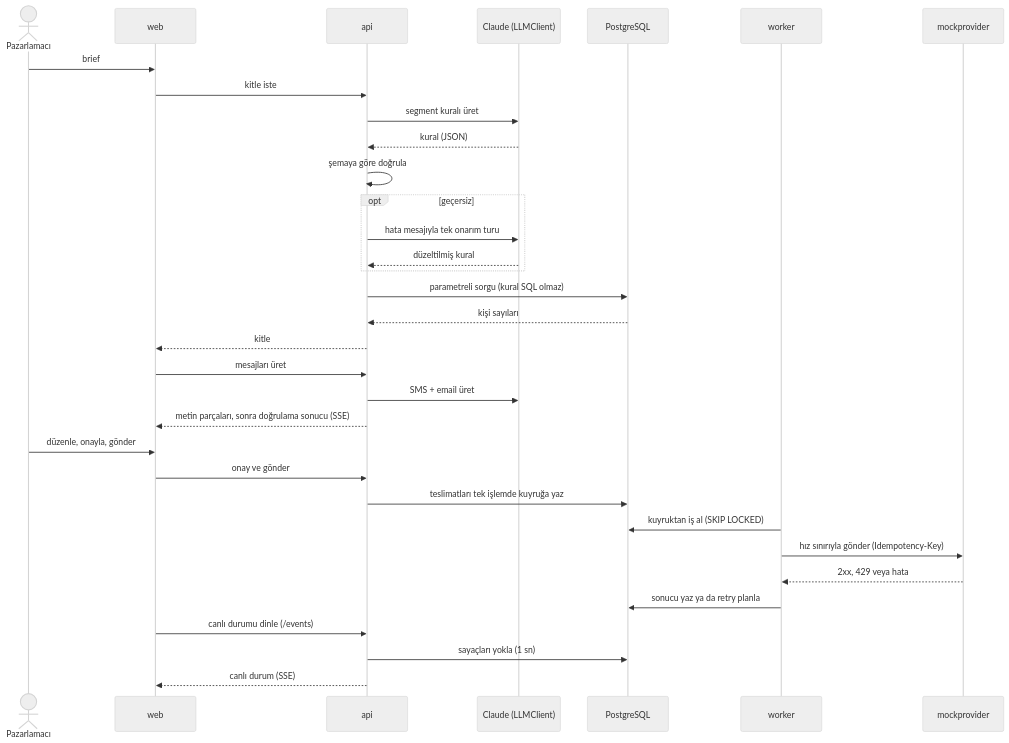
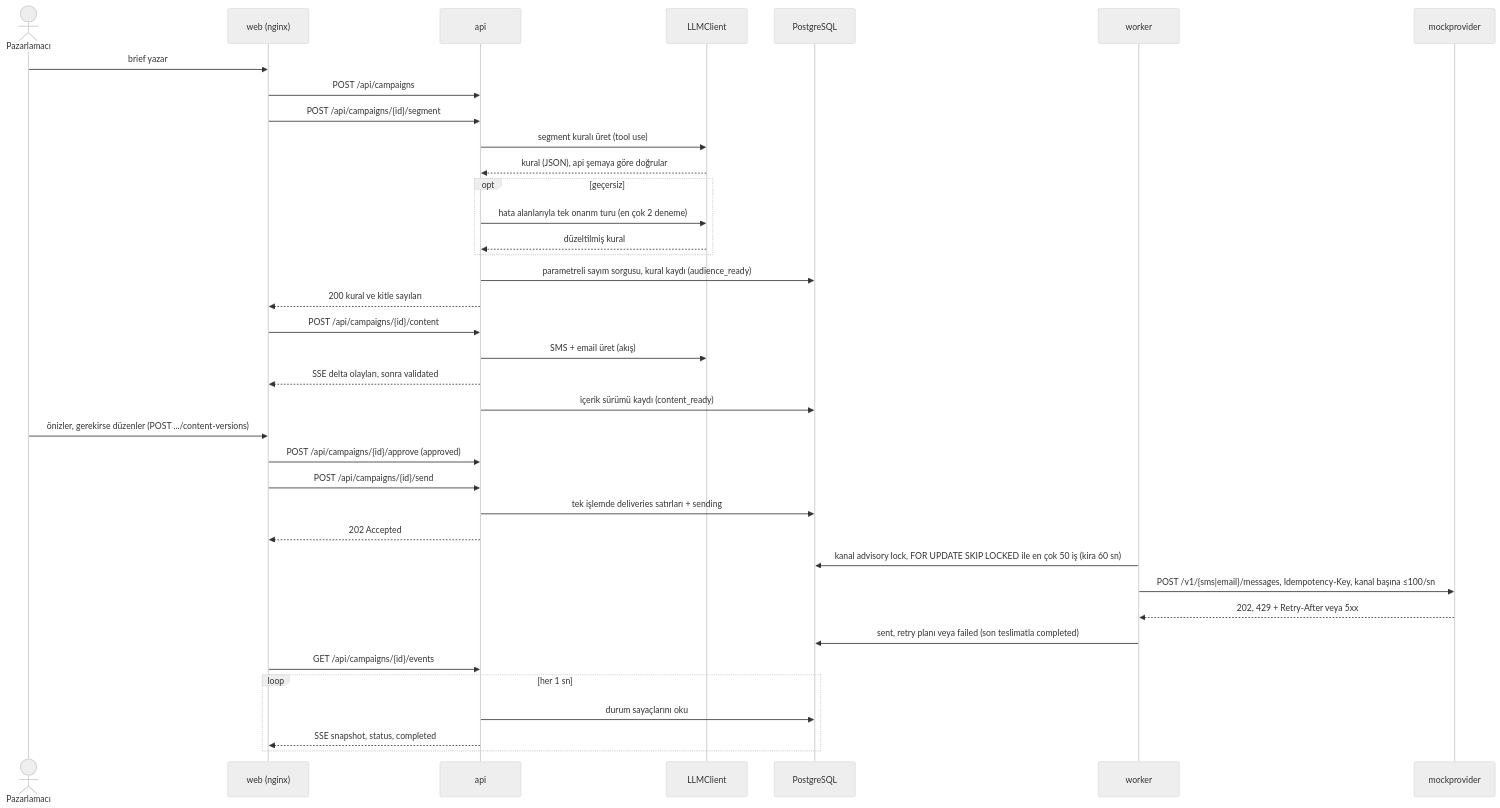
The first of 3 diagrams in README.md (gulcint/smart-campaign-composer), drawn with Mermaid (neutral theme) before and after one commit. The commit also changed other lines of this file, not shown here.

Commit message:
docs(docs): rebuild README diagrams from the code (#113)
Rebuild the sequence, state and service diagrams from migrations, the
campaign state machine, httpapi routes, compose.yml, nginx.conf and the
worker/dispatcher code. Transitions carry the endpoint that triggers
them, messages use real paths, and numbers (50 batch, 60 s lease, 100/s,
1 s SSE poll) come from config defaults.

Phase: P6

````diff
--- a/README.md
+++ b/README.md
@@ -66,36 +66,40 @@
 ```mermaid
 sequenceDiagram
   actor M as Pazarlamacı
-  participant W as web
+  participant W as web (nginx)
   participant A as api
-  participant L as Claude (LLMClient)
+  participant L as LLMClient
   participant D as PostgreSQL
   participant K as worker
   participant P as mockprovider
 
-  M->>W: brief
-  W->>A: kitle iste
-  A->>L: segment kuralı üret
-  L-->>A: kural (JSON)
-  A->>A: şemaya göre doğrula
+  M->>W: brief yazar
+  W->>A: POST /api/campaigns
+  W->>A: POST /api/campaigns/{id}/segment
+  A->>L: segment kuralı üret (tool use)
+  L-->>A: kural (JSON), api şemaya göre doğrular
   opt geçersiz
-    A->>L: hata mesajıyla tek onarım turu
+    A->>L: hata alanlarıyla tek onarım turu (en çok 2 deneme)
     L-->>A: düzeltilmiş kural
   end
-  A->>D: parametreli sorgu (kural SQL olmaz)
-  D-->>A: kişi sayıları
-  A-->>W: kitle
-  W->>A: mesajları üret
-  A->>L: SMS + email üret
-  A-->>W: metin parçaları, sonra doğrulama sonucu (SSE)
-  M->>W: düzenle, onayla, gönder
-  W->>A: onay ve gönder
-  A->>D: teslimatları tek işlemde kuyruğa yaz
-  K->>D: kuyruktan iş al (SKIP LOCKED)
-  K->>P: hız sınırıyla gönder (Idempotency-Key)
-  P-->>K: 2xx, 429 veya hata
-  K->>D: sonucu yaz ya da retry planla
-  W->>A: canlı durumu dinle (/events)
-  A->>D: sayaçları yokla (1 sn)
-  A-->>W: canlı durum (SSE)
+  A->>D: parametreli sayım sorgusu, kural kaydı (audience_ready)
+  A-->>W: 200 kural ve kitle sayıları
+  W->>A: POST /api/campaigns/{id}/content
+  A->>L: SMS + email üret (akış)
+  A-->>W: SSE delta olayları, sonra validated
+  A->>D: içerik sürümü kaydı (content_ready)
+  M->>W: önizler, gerekirse düzenler (POST .../content-versions)
+  W->>A: POST /api/campaigns/{id}/approve (approved)
+  W->>A: POST /api/campaigns/{id}/send
+  A->>D: tek işlemde deliveries satırları + sending
+  A-->>W: 202 Accepted
+  K->>D: kanal advisory lock, FOR UPDATE SKIP LOCKED ile en çok 50 iş (kira 60 sn)
+  K->>P: POST /v1/{sms|email}/messages, Idempotency-Key, kanal başına ≤100/sn
+  P-->>K: 202, 429 + Retry-After veya 5xx
+  K->>D: sent, retry planı veya failed (son teslimatla completed)
+  W->>A: GET /api/campaigns/{id}/events
+  loop her 1 sn
+    A->>D: durum sayaçlarını oku
+    A-->>W: SSE snapshot, status, completed
+  end
 ```
````
